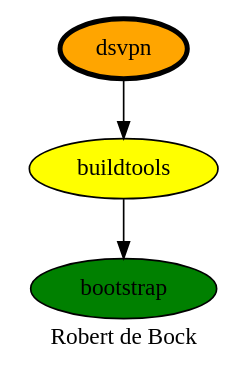
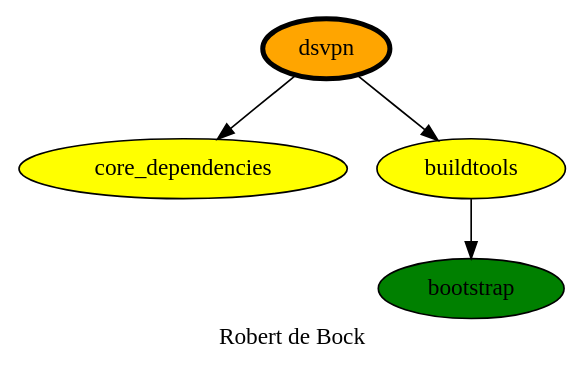
The diagram in dsvpn.dot (robertdebock/drawings), drawn with Graphviz before and after one commit.

Commit message:
dsvpn depends on core_dependencies.

```diff
--- a/dsvpn.dot
+++ b/dsvpn.dot
@@ -1,11 +1,12 @@
 digraph PhiloDilemma {
   label = "Robert de Bock" ;
   overlap=false
   {
     bootstrap [fillcolor=green style=filled]
+    core_dependencies [fillcolor=yellow style=filled]
     buildtools [fillcolor=yellow style=filled]
     dsvpn [fillcolor=orange style=filled penwidth=3]
   }
-  dsvpn -> buildtools
+  dsvpn -> {buildtools core_dependencies}
   buildtools -> bootstrap
 }
```
